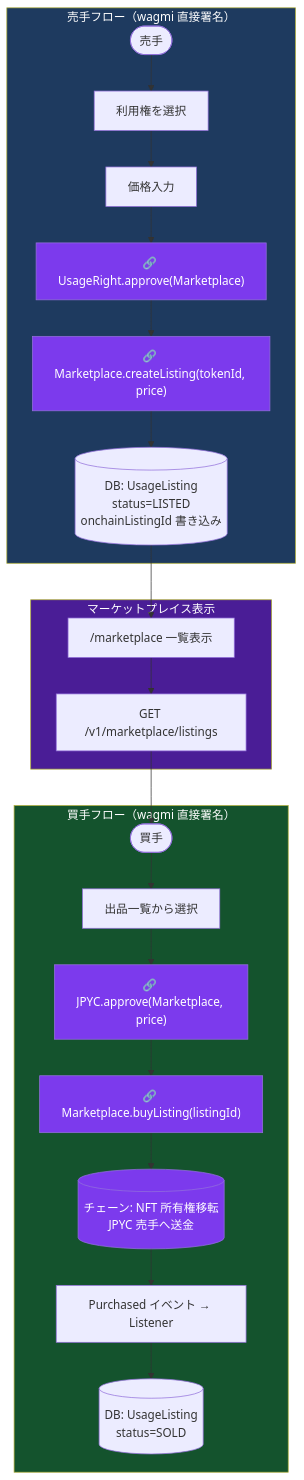
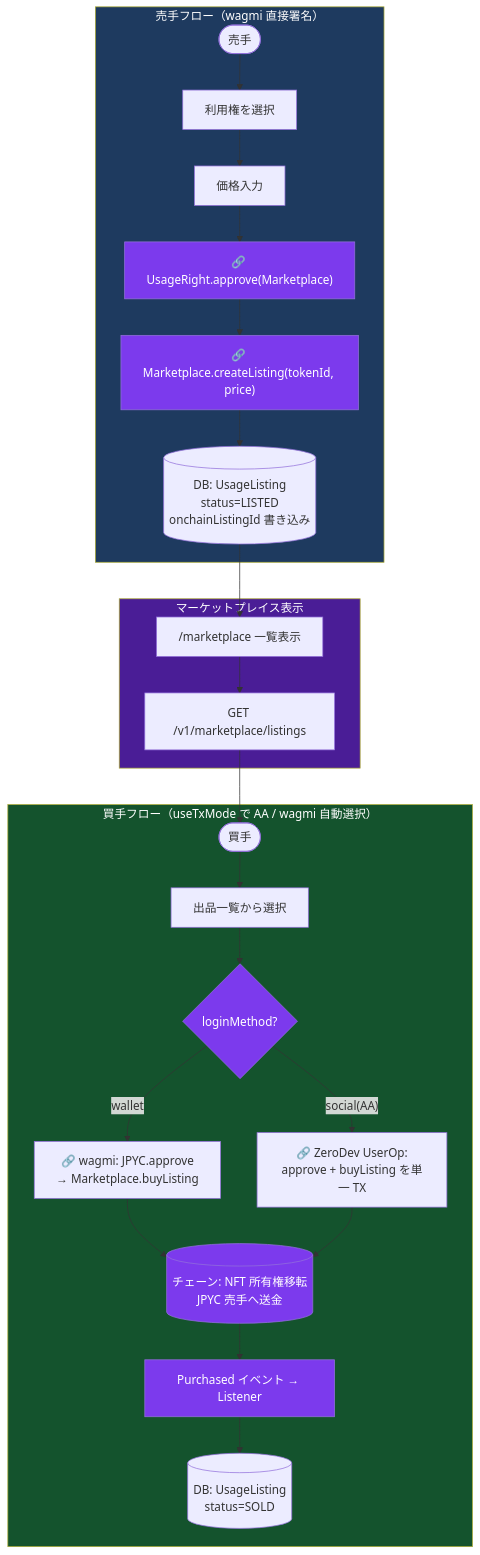
The ninth of 15 diagrams in docs/ARCHITECTURE.md (WHXisWH/Node-Stay), drawn with Mermaid before and after one commit. The commit also changed other lines of this file and 14 other files, not shown here.

````diff
--- a/docs/ARCHITECTURE.md
+++ b/docs/ARCHITECTURE.md
@@ -371,37 +420,39 @@
 ```mermaid
 flowchart TD
     subgraph Seller["売手フロー（wagmi 直接署名）"]
         S1([売手]) --> S2["利用権を選択"]
         S2 --> S3["価格入力"]
         S3 --> S4["🔗 UsageRight.approve(Marketplace)"]
         S4 --> S5["🔗 Marketplace.createListing(tokenId, price)"]
         S5 --> S6[("DB: UsageListing\nstatus=LISTED\nonchainListingId 書き込み")]
     end
 
     subgraph Marketplace["マーケットプレイス表示"]
         M1["/marketplace 一覧表示"]
         M2["GET /v1/marketplace/listings"]
         M1 --> M2
     end
 
-    subgraph Buyer["買手フロー（wagmi 直接署名）"]
+    subgraph Buyer["買手フロー（useTxMode で AA / wagmi 自動選択）"]
         B1([買手]) --> B2["出品一覧から選択"]
-        B2 --> B3["🔗 JPYC.approve(Marketplace, price)"]
-        B3 --> B4["🔗 Marketplace.buyListing(listingId)"]
-        B4 --> B5[("チェーン: NFT 所有権移転\nJPYC 売手へ送金")]
-        B5 --> B6["Purchased イベント → Listener"]
-        B6 --> B7[("DB: UsageListing\nstatus=SOLD")]
+        B2 --> B3{"loginMethod?"}
+        B3 -- "wallet" --> B3W["🔗 wagmi: JPYC.approve\n→ Marketplace.buyListing"]
+        B3 -- "social(AA)" --> B3A["🔗 ZeroDev UserOp:\napprove + buyListing を単一 TX"]
+        B3W --> B4[("チェーン: NFT 所有権移転\nJPYC 売手へ送金")]
+        B3A --> B4
+        B4 --> B5["Purchased イベント → Listener"]
+        B5 --> B6[("DB: UsageListing\nstatus=SOLD")]
     end
 
     S6 --> M1
     M2 --> B1
 
     style Seller fill:#1e3a5f,color:#fff
     style Buyer fill:#14532d,color:#fff
     style Marketplace fill:#4a1d96,color:#fff
     style S4 fill:#7c3aed,color:#fff
     style S5 fill:#7c3aed,color:#fff
     style B3 fill:#7c3aed,color:#fff
     style B4 fill:#7c3aed,color:#fff
     style B5 fill:#7c3aed,color:#fff
 ```
````
